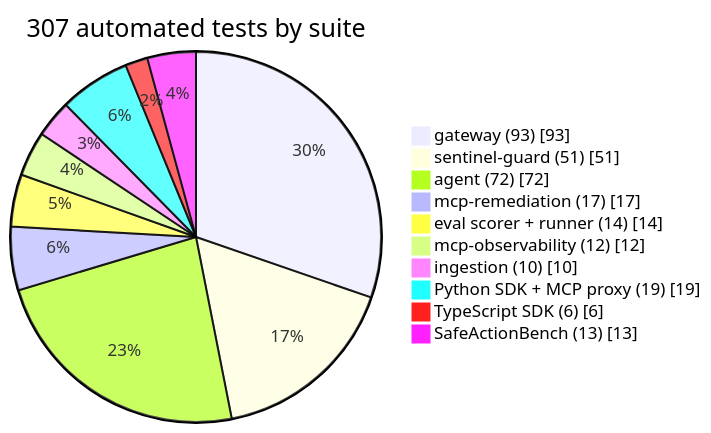
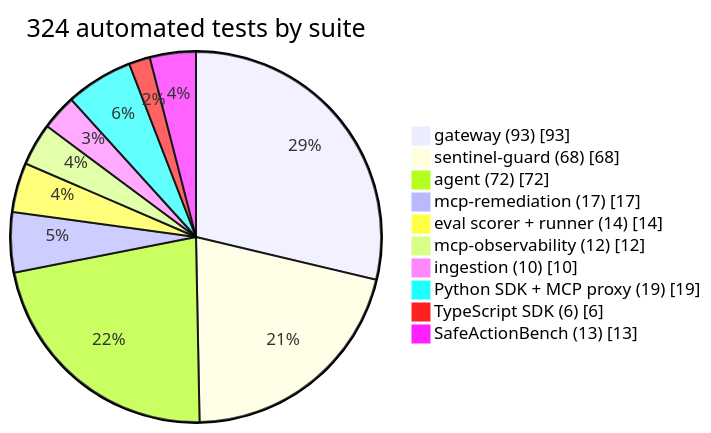
The diagram in docs/handbook/diagrams/14-chart-tests-by-suite.mmd (abdulmdev/sentinel-incident-copilot), drawn with Mermaid before and after one commit. The commit also changed 67 other files, not shown here.

```diff
--- a/docs/handbook/diagrams/14-chart-tests-by-suite.mmd
+++ b/docs/handbook/diagrams/14-chart-tests-by-suite.mmd
@@ -1,12 +1,12 @@
 pie showData
-  title 307 automated tests by suite
+  title 324 automated tests by suite
   "gateway (93)" : 93
-  "sentinel-guard (51)" : 51
+  "sentinel-guard (68)" : 68
   "agent (72)" : 72
   "mcp-remediation (17)" : 17
   "eval scorer + runner (14)" : 14
   "mcp-observability (12)" : 12
   "ingestion (10)" : 10
   "Python SDK + MCP proxy (19)" : 19
   "TypeScript SDK (6)" : 6
   "SafeActionBench (13)" : 13
```
